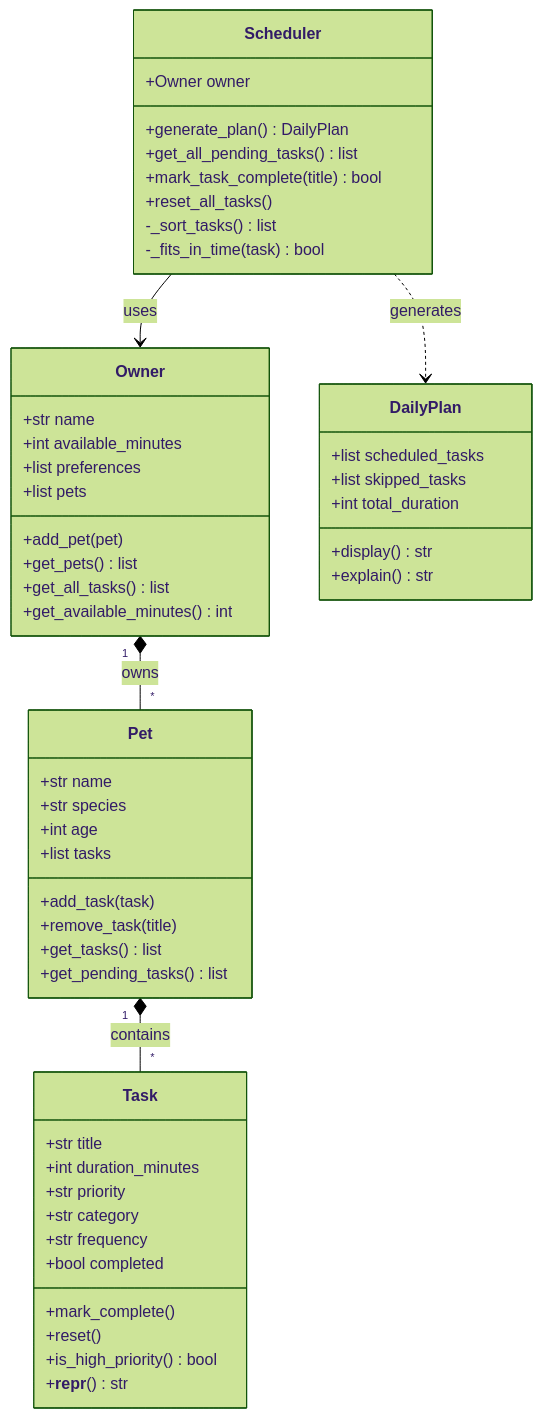
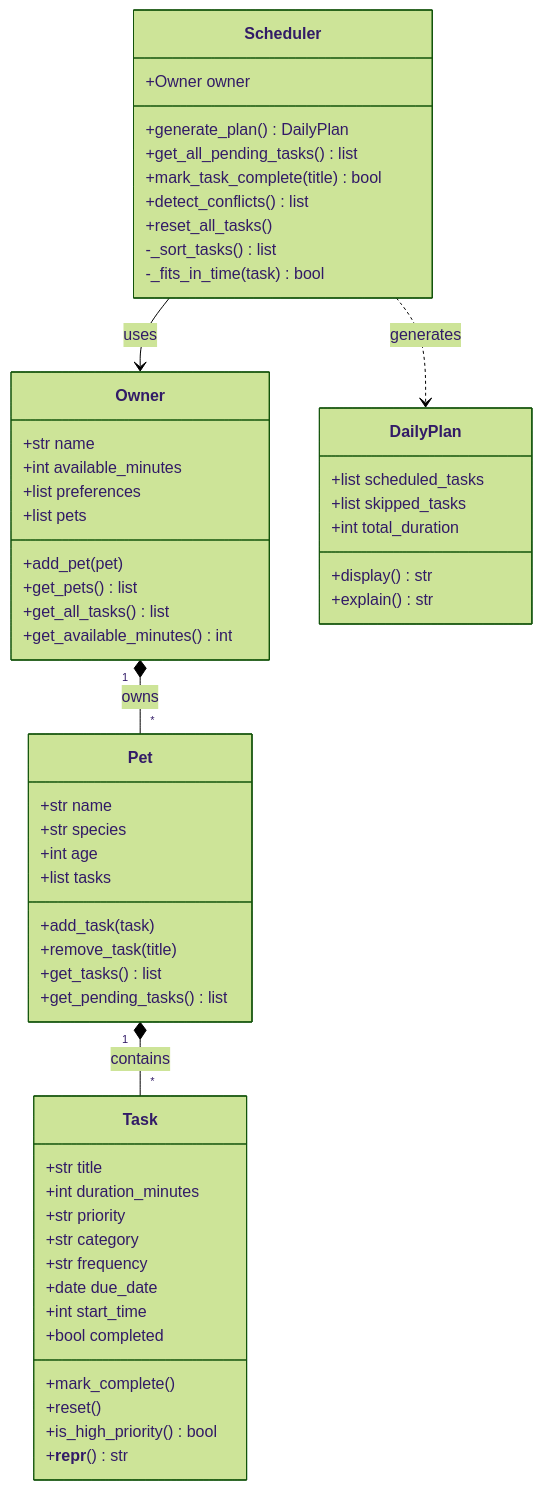
One commit to michaelssim/pawpal changed the diagram in reflection.md. Above: the diagram before and after it, drawn with Mermaid (forest theme). The commit also changed 3 other files, not shown here.

Commit message:
Add conflict warnings and sorted task view to UI, update UML diagram

````diff
--- a/reflection.md
+++ b/reflection.md
@@ -19,60 +19,63 @@
 ```mermaid
 classDiagram
     class Task {
         +str title
         +int duration_minutes
         +str priority
         +str category
         +str frequency
+        +date due_date
+        +int start_time
         +bool completed
         +mark_complete()
         +reset()
         +is_high_priority() bool
         +__repr__() str
     }
 
     class Pet {
         +str name
         +str species
         +int age
         +list tasks
         +add_task(task)
         +remove_task(title)
         +get_tasks() list
         +get_pending_tasks() list
     }
 
     class Owner {
         +str name
         +int available_minutes
         +list preferences
         +list pets
         +add_pet(pet)
         +get_pets() list
         +get_all_tasks() list
         +get_available_minutes() int
     }
 
     class Scheduler {
         +Owner owner
         +generate_plan() DailyPlan
         +get_all_pending_tasks() list
         +mark_task_complete(title) bool
+        +detect_conflicts() list
         +reset_all_tasks()
         -_sort_tasks() list
         -_fits_in_time(task) bool
     }
 
     class DailyPlan {
         +list scheduled_tasks
         +list skipped_tasks
         +int total_duration
         +display() str
         +explain() str
     }
 
     Owner "1" *-- "*" Pet : owns
     Pet "1" *-- "*" Task : contains
     Scheduler --> Owner : uses
     Scheduler ..> DailyPlan : generates
 ```
````
